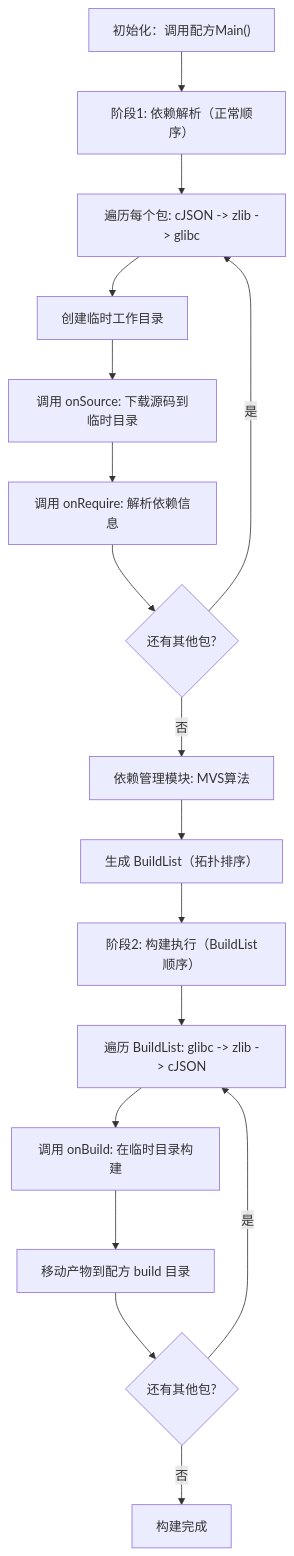
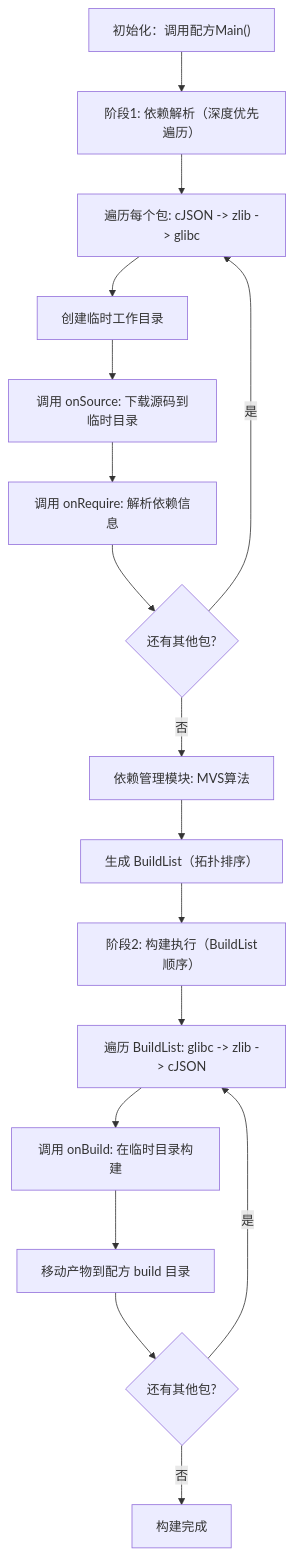
One commit to goplus/llar changed the tenth of 13 diagrams in docs/technical-design-complete.md. Above: the diagram before and after it, drawn with Mermaid. The commit also changed other lines of this file and 2 other files, not shown here.

````diff
--- a/docs/technical-design-complete.md
+++ b/docs/technical-design-complete.md
@@ -863,19 +916,19 @@
 ```mermaid
 graph TD
-A["初始化：调用配方Main()"] --> B["阶段1: 依赖解析（正常顺序）"]
+A["初始化：调用配方Main()"] --> B["阶段1: 依赖解析（深度优先遍历）"]
 B --> C["遍历每个包: cJSON -> zlib -> glibc"]
 C --> D["创建临时工作目录"]
 D --> E["调用 onSource: 下载源码到临时目录"]
 E --> F["调用 onRequire: 解析依赖信息"]
 F --> G{还有其他包?}
 G -- 是 --> C
 G -- 否 --> H["依赖管理模块: MVS算法"]
 H --> I["生成 BuildList（拓扑排序）"]
 I --> J["阶段2: 构建执行（BuildList顺序）"]
 J --> K["遍历 BuildList: glibc -> zlib -> cJSON"]
 K --> L["调用 onBuild: 在临时目录构建"]
 L --> M["移动产物到配方 build 目录"]
 M --> N{还有其他包?}
 N -- 是 --> K
 N -- 否 --> O["构建完成"]
 ```
````
